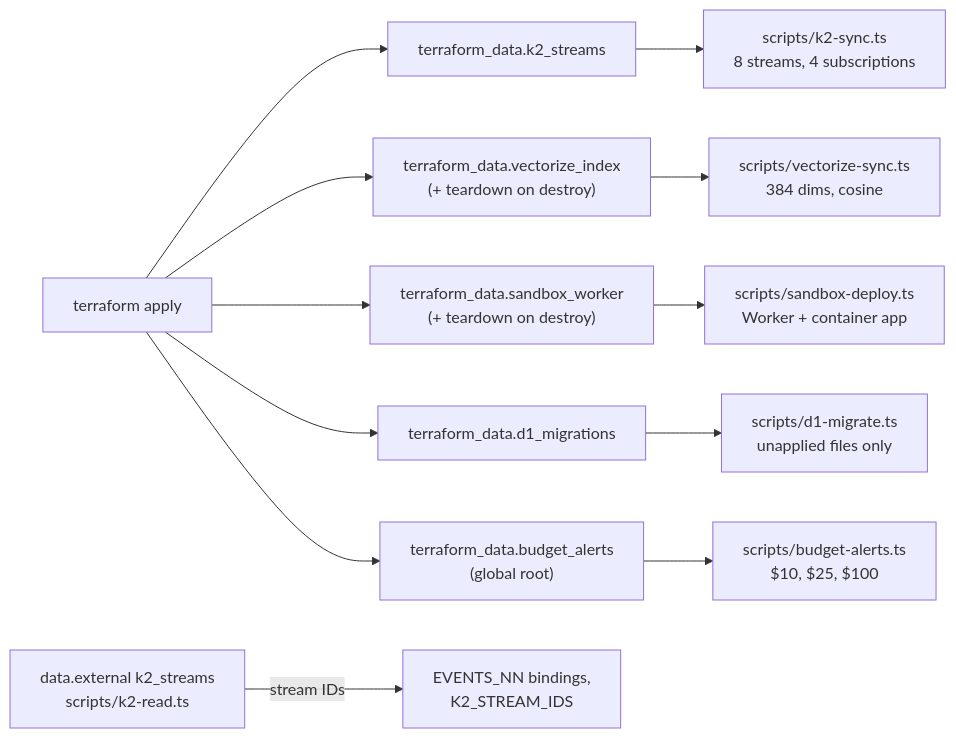
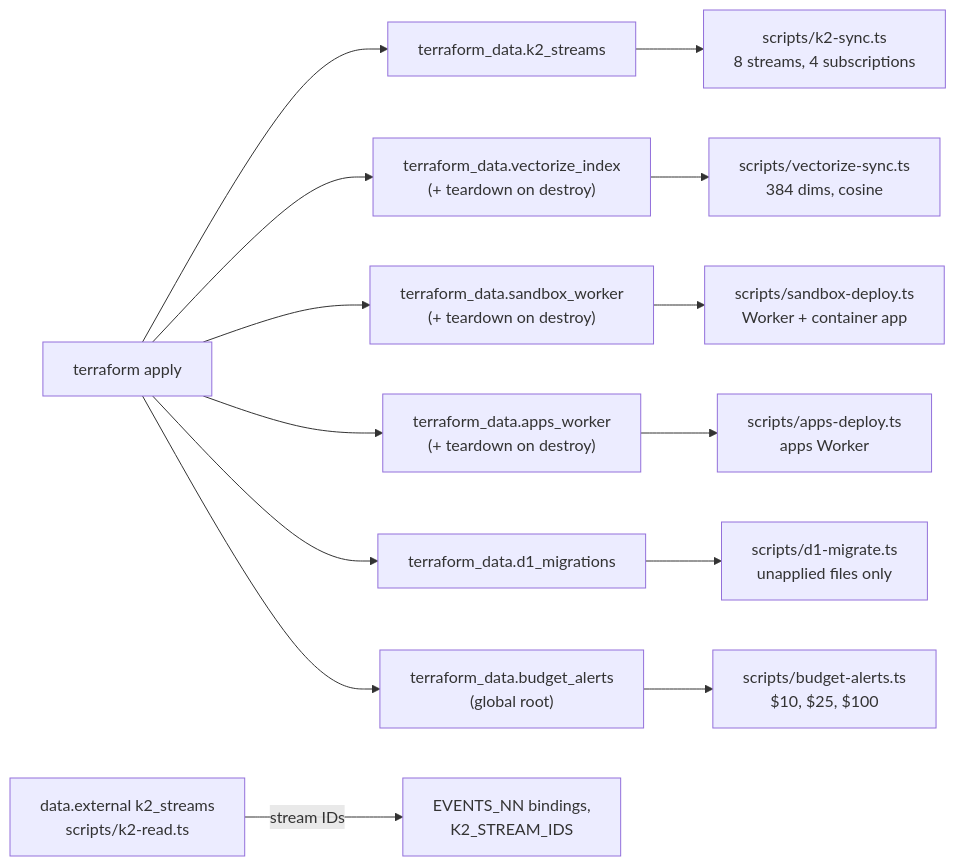
Before and after one commit to nsudhanva/rhumbatron: the third of 6 diagrams in docs/architecture/infrastructure-and-cost.md, drawn with Mermaid. The commit also changed other lines of this file and 12 other files, not shown here.

Commit message:
docs(docs): align readme, architecture, protocols and build status with the code

````diff
--- a/docs/architecture/infrastructure-and-cost.md
+++ b/docs/architecture/infrastructure-and-cost.md
@@ -84,14 +83,16 @@
 ```mermaid
 flowchart LR
   APPLY["terraform apply"] --> K2D["terraform_data.k2_streams"]
   APPLY --> VEC["terraform_data.vectorize_index<br/>(+ teardown on destroy)"]
   APPLY --> SBX["terraform_data.sandbox_worker<br/>(+ teardown on destroy)"]
+  APPLY --> APPSW["terraform_data.apps_worker<br/>(+ teardown on destroy)"]
   APPLY --> MIG["terraform_data.d1_migrations"]
   APPLY --> BUD["terraform_data.budget_alerts<br/>(global root)"]
   K2D --> S1["scripts/k2-sync.ts<br/>8 streams, 4 subscriptions"]
   VEC --> S2["scripts/vectorize-sync.ts<br/>384 dims, cosine"]
   SBX --> S3["scripts/sandbox-deploy.ts<br/>Worker + container app"]
+  APPSW --> S6["scripts/apps-deploy.ts<br/>apps Worker"]
   MIG --> S4["scripts/d1-migrate.ts<br/>unapplied files only"]
   BUD --> S5["scripts/budget-alerts.ts<br/>$10, $25, $100"]
   READ["data.external k2_streams<br/>scripts/k2-read.ts"] -->|"stream IDs"| BIND["EVENTS_NN bindings,<br/>K2_STREAM_IDS"]
 ```
````
